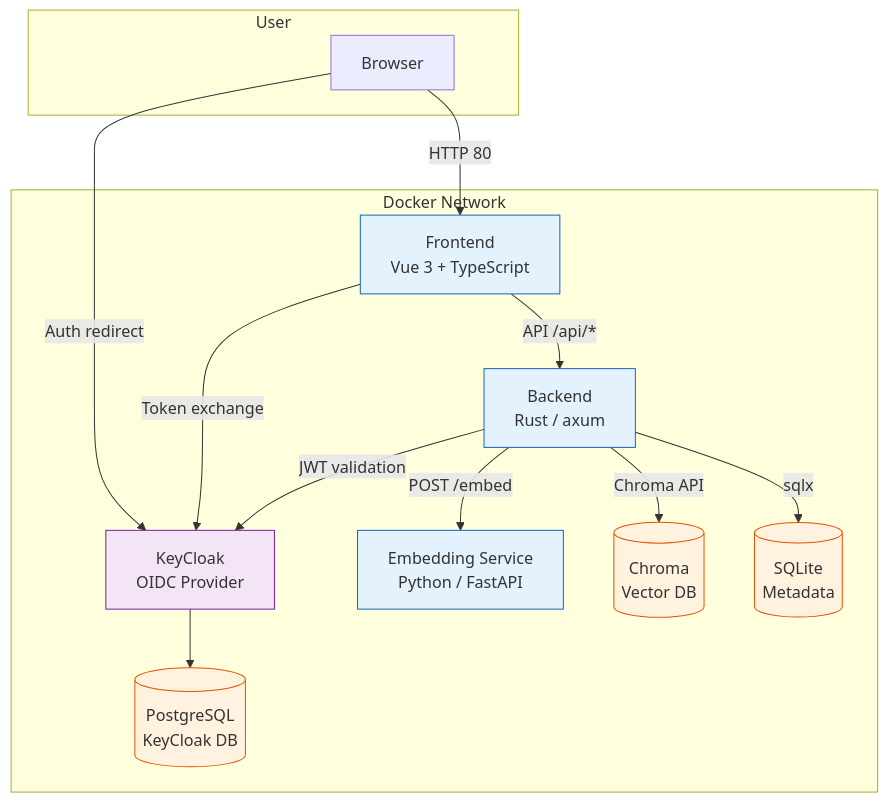
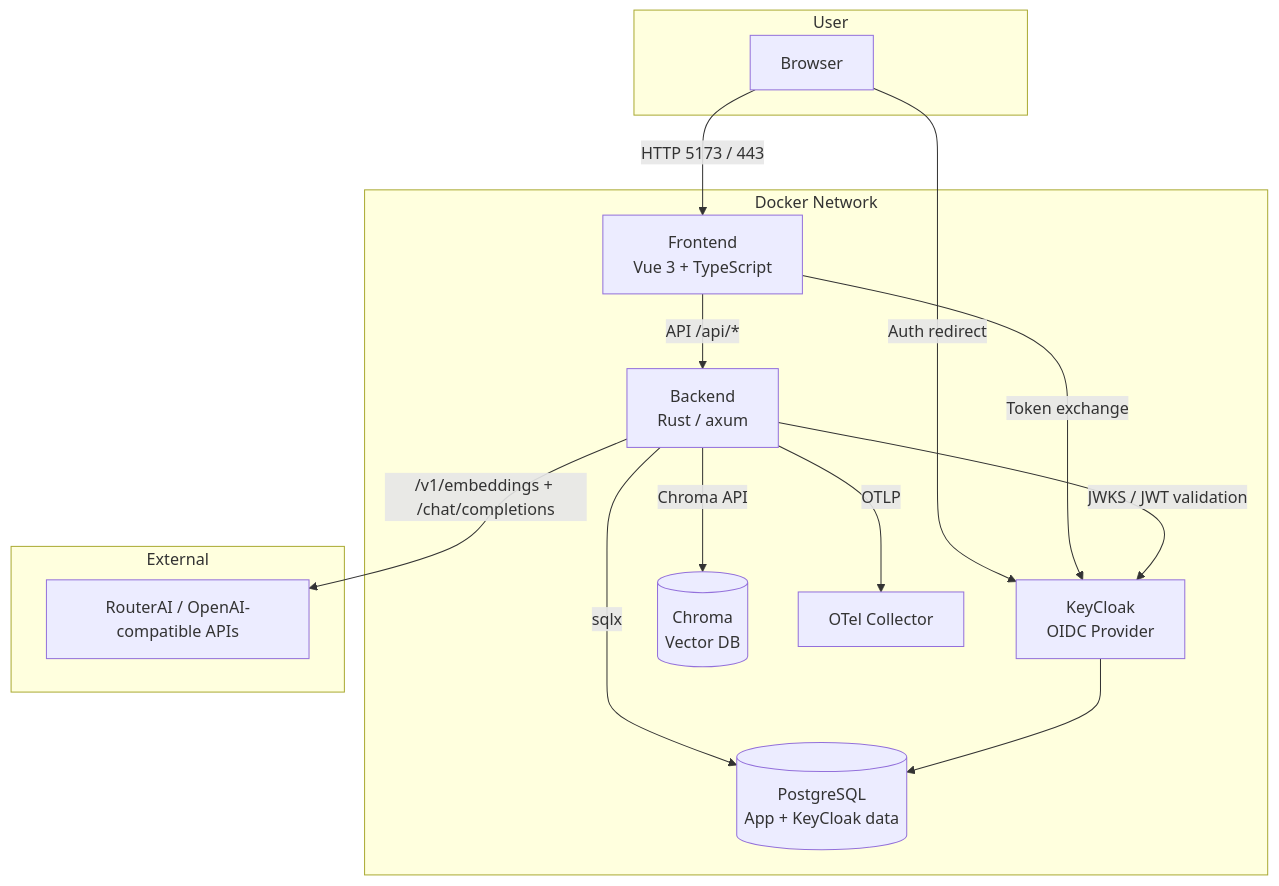
One commit to n-marusov/vedo-help changed the first of 3 diagrams in docs/architecture.md. Above: the diagram before and after it, drawn with Mermaid. The commit also changed other lines of this file and 17 other files, not shown here.

````diff
--- a/docs/architecture.md
+++ b/docs/architecture.md
@@ -9,33 +9,30 @@
 ```mermaid
 graph TB
     subgraph User
         B[Browser]
     end
 
     subgraph "Docker Network"
         K[KeyCloak<br/>OIDC Provider]
         F[Frontend<br/>Vue 3 + TypeScript]
         BE[Backend<br/>Rust / axum]
-        ES[Embedding Service<br/>Python / FastAPI]
         CDB[(Chroma<br/>Vector DB)]
-        SQL[(SQLite<br/>Metadata)]
-        PDB[(PostgreSQL<br/>KeyCloak DB)]
+        PG[(PostgreSQL<br/>App + KeyCloak data)]
+        OTEL[OTel Collector]
     end
 
-    B -- "HTTP 80" --> F
+    subgraph External
+        RAI[RouterAI / OpenAI-compatible APIs]
+    end
+
+    B -- "HTTP 5173 / 443" --> F
     B -- "Auth redirect" --> K
     F -- "API /api/*" --> BE
     F -- "Token exchange" --> K
-    BE -- "JWT validation" --> K
-    BE -- "POST /embed" --> ES
+    BE -- "JWKS / JWT validation" --> K
+    BE -- "sqlx" --> PG
     BE -- "Chroma API" --> CDB
-    BE -- "sqlx" --> SQL
-    K --> PDB
-
-    classDef svc fill:#e3f2fd,stroke:#1565c0
-    classDef db fill:#fff3e0,stroke:#e65100
-    classDef auth fill:#f3e5f5,stroke:#7b1fa2
-    class F,BE,ES svc
-    class CDB,SQL,PDB db
-    class K auth
+    BE -- "/v1/embeddings + /chat/completions" --> RAI
+    BE -- "OTLP" --> OTEL
+    K --> PG
 ```
````
